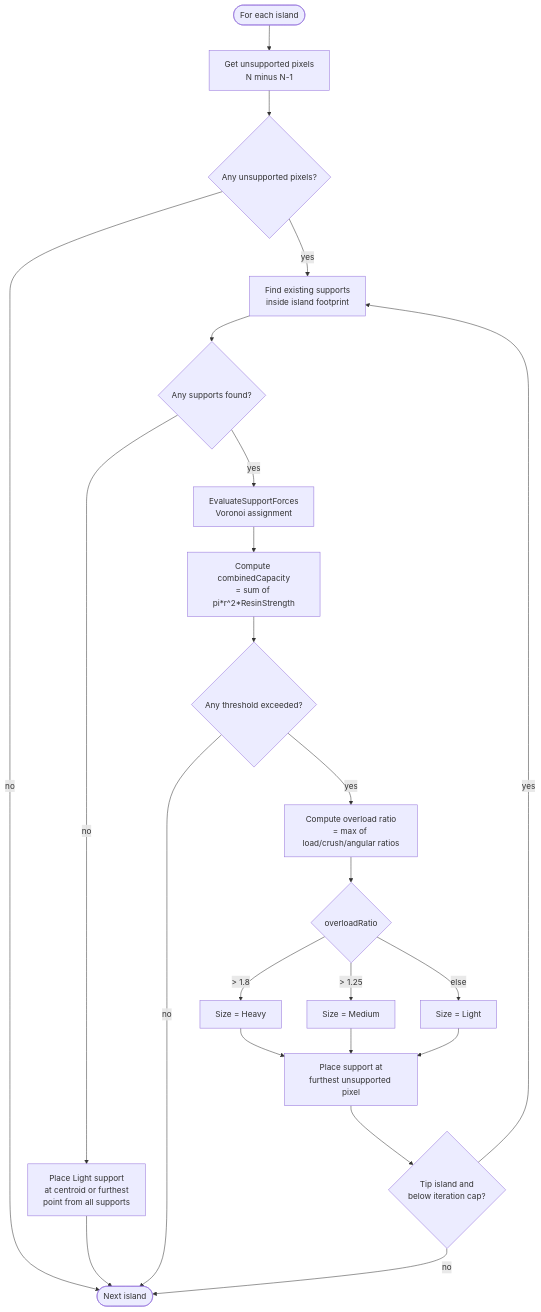
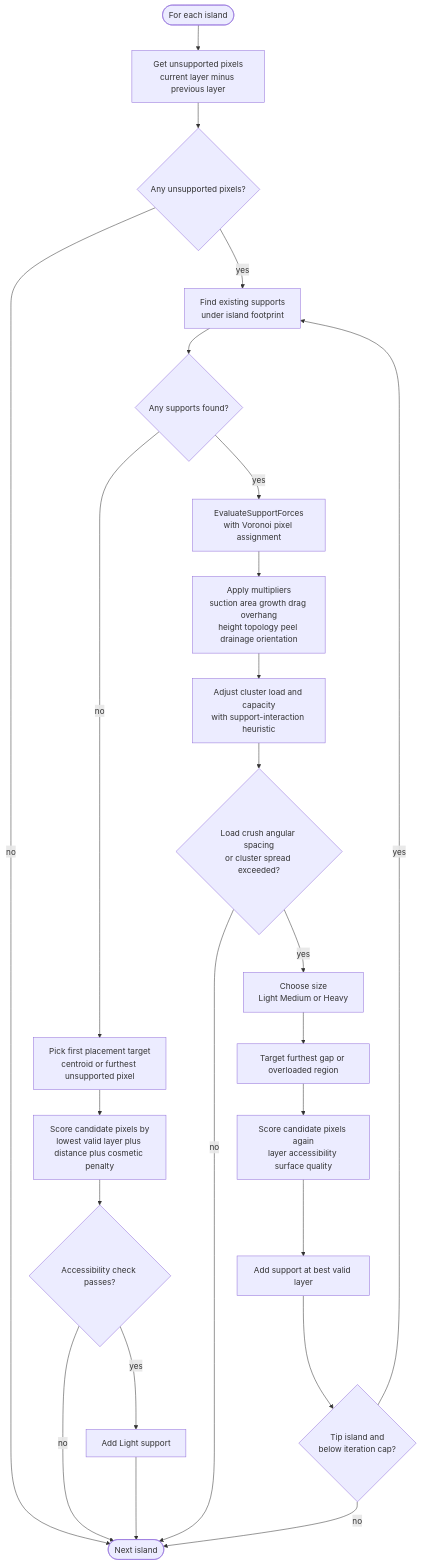
Before and after one commit to jamiehales/findamodel: the third of 4 diagrams in docs/features/autosupport-algorithm.md, drawn with Mermaid. The commit also changed other lines of this file and 12 other files, not shown here.

````diff
--- a/docs/features/autosupport-algorithm.md
+++ b/docs/features/autosupport-algorithm.md
@@ -225,23 +252,26 @@
 ```mermaid
 flowchart TD
-    A([For each island]) --> B[Get unsupported pixels\nN minus N-1]
-    B --> C{Any unsupported pixels?}
-    C -- no --> Z([Next island])
-    C -- yes --> D[Find existing supports\ninside island footprint]
-    D --> E{Any supports found?}
-    E -- no --> F[Place Light support\nat centroid or furthest\npoint from all supports]
-    F --> Z
-    E -- yes --> G[EvaluateSupportForces\nVoronoi assignment]
-    G --> H[Compute combinedCapacity\n= sum of pi*r^2*ResinStrength]
-    H --> I{Any threshold exceeded?}
-    I -- no --> Z
-    I -- yes --> J[Compute overload ratio\n= max of load/crush/angular ratios]
-    J --> K{overloadRatio}
-    K -- "> 1.8" --> L[Size = Heavy]
-    K -- "> 1.25" --> M[Size = Medium]
-    K -- else --> N[Size = Light]
-    L & M & N --> O[Place support at\nfurthest unsupported pixel]
-    O --> P{Tip island and\nbelow iteration cap?}
-    P -- yes --> D
-    P -- no --> Z
+  A([For each island]) --> B[Get unsupported pixels\ncurrent layer minus previous layer]
+  B --> C{Any unsupported pixels?}
+  C -- no --> Z([Next island])
+  C -- yes --> D[Find existing supports\nunder island footprint]
+  D --> E{Any supports found?}
+  E -- no --> F[Pick first placement target\ncentroid or furthest unsupported pixel]
+  F --> G[Score candidate pixels by\nlowest valid layer plus distance plus cosmetic penalty]
+  G --> H{Accessibility check passes?}
+  H -- no --> Z
+  H -- yes --> I[Add Light support]
+  I --> Z
+  E -- yes --> J[EvaluateSupportForces\nwith Voronoi pixel assignment]
+  J --> K[Apply multipliers\nsuction area growth drag overhang\nheight topology peel drainage orientation]
+  K --> L[Adjust cluster load and capacity\nwith support-interaction heuristic]
+  L --> M{Load crush angular spacing\nor cluster spread exceeded?}
+  M -- no --> Z
+  M -- yes --> N[Choose size\nLight Medium or Heavy]
+  N --> O[Target furthest gap or overloaded region]
+  O --> P[Score candidate pixels again\nlayer accessibility surface quality]
+  P --> Q[Add support at best valid layer]
+  Q --> R{Tip island and\nbelow iteration cap?}
+  R -- yes --> D
+  R -- no --> Z
 ```
````
